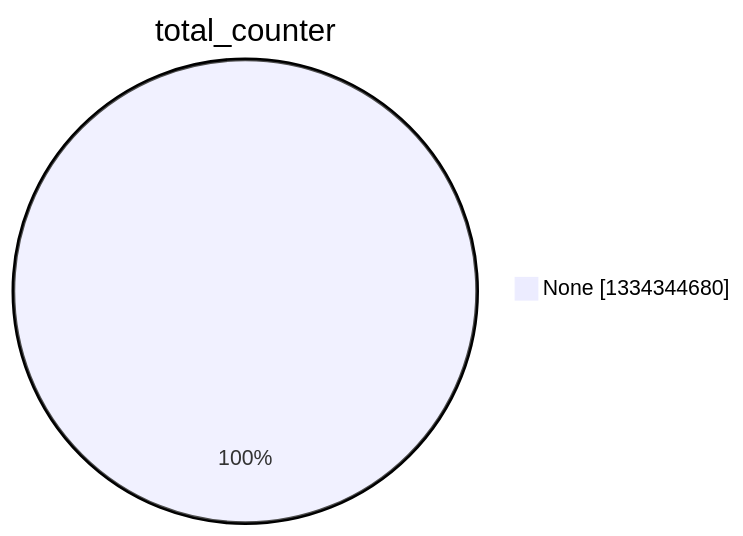
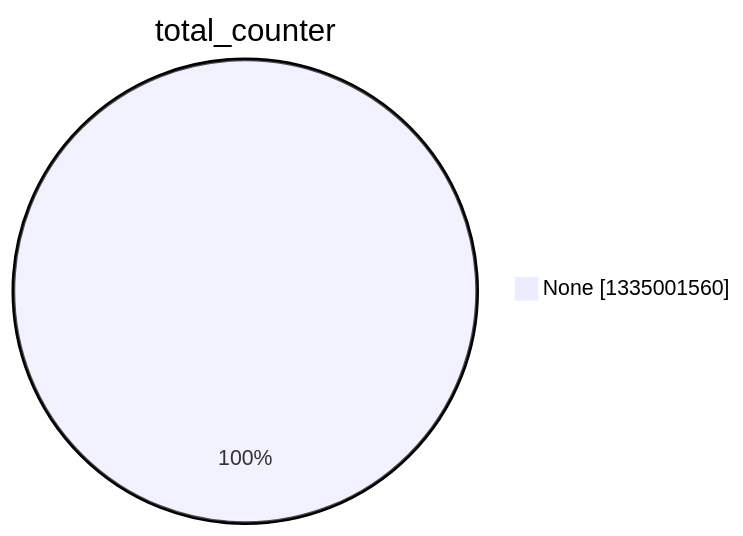
The second of 15 diagrams in argon2022/README.md (christiankrug/ctmonitor_visualization), drawn with Mermaid before and after one commit. The commit also changed other lines of this file, not shown here.

````diff
--- a/argon2022/README.md
+++ b/argon2022/README.md
@@ -9,5 +9,5 @@
 ```mermaid
 pie showData
 title total_counter
-"None" :1334344680
+"None" :1335001560
 ```
````
